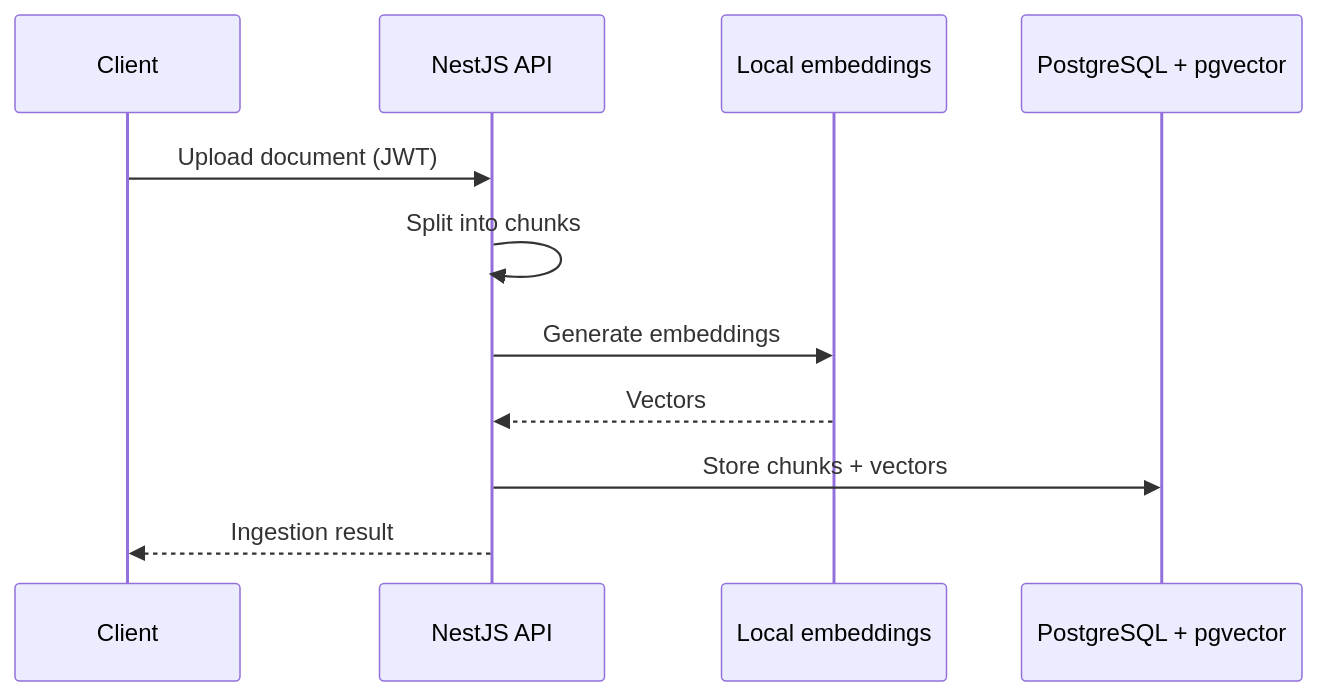
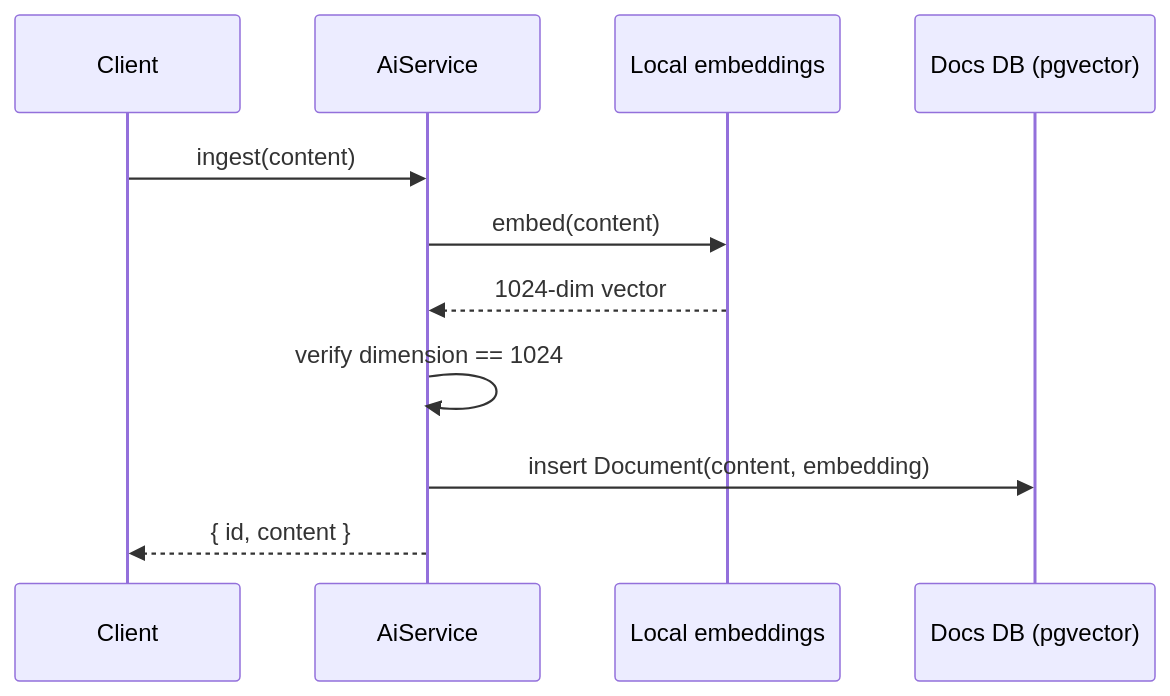
The first of 2 diagrams in docs/architecture.md (sajibsarker-1104003/nest-rag-service), drawn with Mermaid before and after one commit. The commit also changed other lines of this file and 8 other files, not shown here.

Commit message:
docs: fill architecture, database, configuration and ADRs from source; sanitize .env.example

````diff
--- a/docs/architecture.md
+++ b/docs/architecture.md
@@ -9,13 +12,13 @@
 ```mermaid
 sequenceDiagram
   participant C as Client
-  participant A as NestJS API
+  participant A as AiService
   participant E as Local embeddings
-  participant D as PostgreSQL + pgvector
-  C->>A: Upload document (JWT)
-  A->>A: Split into chunks
-  A->>E: Generate embeddings
-  E-->>A: Vectors
-  A->>D: Store chunks + vectors
-  A-->>C: Ingestion result
+  participant D as Docs DB (pgvector)
+  C->>A: ingest(content)
+  A->>E: embed(content)
+  E-->>A: 1024-dim vector
+  A->>A: verify dimension == 1024
+  A->>D: insert Document(content, embedding)
+  A-->>C: { id, content }
 ```
````
